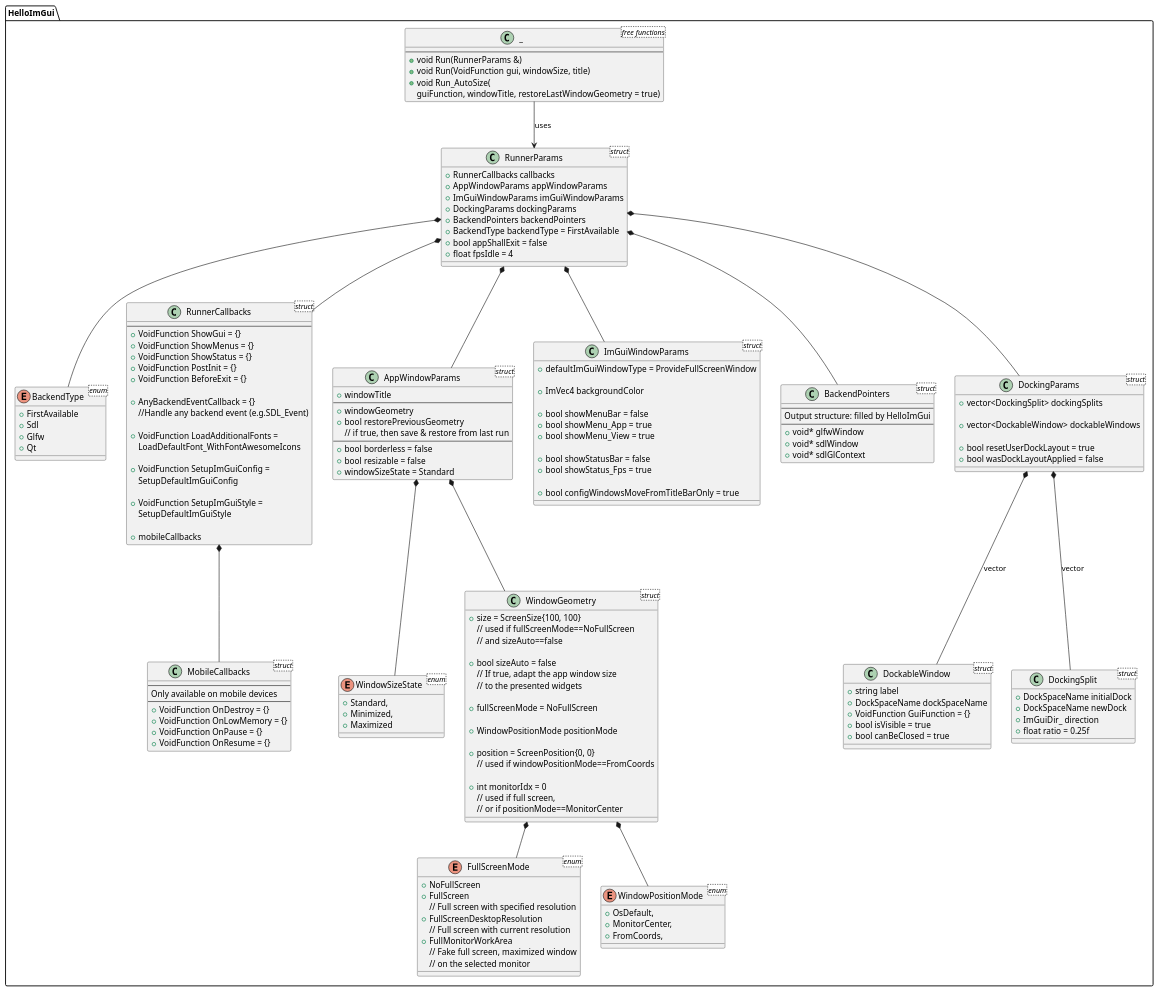
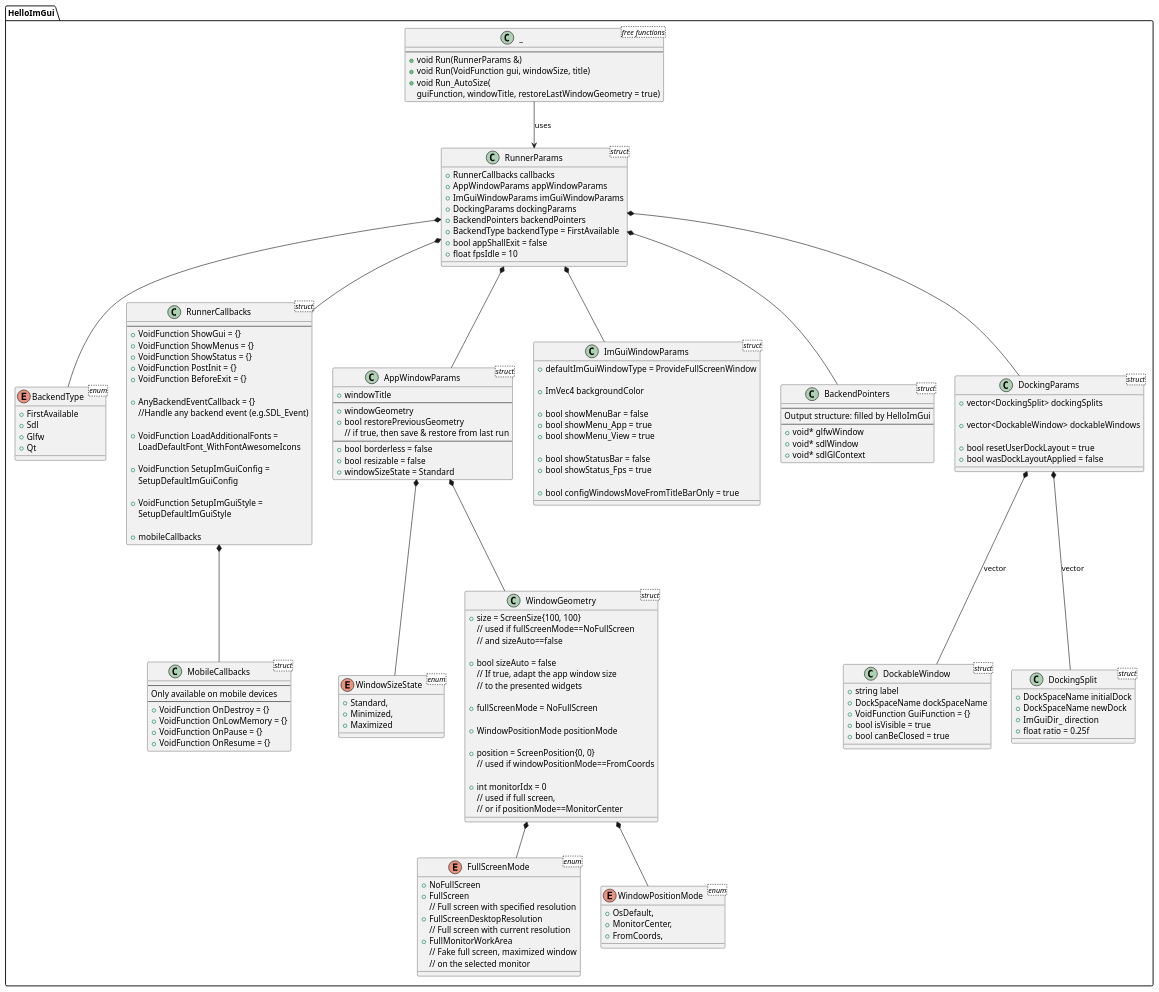
Before and after one commit to pthom/hello_imgui: the diagram in src/hello_imgui/doc_src/hello_imgui_diagram.puml, drawn with PlantUML. The commit also changed 1 other file, not shown here.

Commit message:
fpsIdle default=10

```diff
--- a/src/hello_imgui/doc_src/hello_imgui_diagram.puml
+++ b/src/hello_imgui/doc_src/hello_imgui_diagram.puml
@@ -1,193 +1,193 @@
 @startuml
 namespace HelloImGui {
 
 class _ <free functions> {
     ----
     + void Run(RunnerParams &)
     + void Run(VoidFunction gui, windowSize, title)
     + void Run_AutoSize(
         guiFunction, windowTitle, restoreLastWindowGeometry = true)
 }
 
 _ --> RunnerParams: uses
 
 enum BackendType <enum>{
     + FirstAvailable
     + Sdl
     + Glfw
     + Qt
 }
 
 class RunnerParams <struct> {
     + RunnerCallbacks callbacks
     + AppWindowParams appWindowParams
     + ImGuiWindowParams imGuiWindowParams
     + DockingParams dockingParams
     + BackendPointers backendPointers
     + BackendType backendType = FirstAvailable
     + bool appShallExit = false
-    + float fpsIdle = 4
+    + float fpsIdle = 10
 }
 
 class RunnerCallbacks <struct> {
     ---
     + VoidFunction ShowGui = {}
     + VoidFunction ShowMenus = {}
     + VoidFunction ShowStatus = {}
     + VoidFunction PostInit = {}
     + VoidFunction BeforeExit = {}
 
     + AnyBackendEventCallback = {}
     //Handle any backend event (e.g.SDL_Event)
 
     + VoidFunction LoadAdditionalFonts =
        LoadDefaultFont_WithFontAwesomeIcons
 
     + VoidFunction SetupImGuiConfig =
       SetupDefaultImGuiConfig
 
     + VoidFunction SetupImGuiStyle =
       SetupDefaultImGuiStyle
 
     + mobileCallbacks
 }
 
 class MobileCallbacks <struct>{
     ---
     Only available on mobile devices
     ---
     + VoidFunction OnDestroy = {}
     + VoidFunction OnLowMemory = {}
     + VoidFunction OnPause = {}
     + VoidFunction OnResume = {}
 }
 RunnerCallbacks *-- MobileCallbacks
 
 enum FullScreenMode <enum>{
     + NoFullScreen
     + FullScreen
     // Full screen with specified resolution
     + FullScreenDesktopResolution
     // Full screen with current resolution
     + FullMonitorWorkArea
     // Fake full screen, maximized window
     // on the selected monitor
 }
 
 enum WindowSizeState <enum>{
     + Standard,
     + Minimized,
     + Maximized
 }
 
 
 
 enum WindowPositionMode <enum>{
     + OsDefault,
     + MonitorCenter,
     + FromCoords,
 }
 
 
 
 class WindowGeometry <struct>{
     + size = ScreenSize{100, 100}
     // used if fullScreenMode==NoFullScreen
     // and sizeAuto==false
 
     + bool sizeAuto = false
     // If true, adapt the app window size
     // to the presented widgets
 
     + fullScreenMode = NoFullScreen
 
     + WindowPositionMode positionMode
 
     + position = ScreenPosition{0, 0}
     // used if windowPositionMode==FromCoords
 
     + int monitorIdx = 0
     // used if full screen,
     // or if positionMode==MonitorCenter
 }
 
 WindowGeometry *-- FullScreenMode
 WindowGeometry *-- WindowPositionMode
 
 
 
 class AppWindowParams <struct>{
     + windowTitle
     ---
     + windowGeometry
     + bool restorePreviousGeometry
     // if true, then save & restore from last run
     ---
     + bool borderless = false
     + bool resizable = false
     + windowSizeState = Standard
 }
 
 AppWindowParams *-- WindowGeometry
 AppWindowParams *-- WindowSizeState
 
 
 class ImGuiWindowParams <struct> {
     + defaultImGuiWindowType = ProvideFullScreenWindow
 
     + ImVec4 backgroundColor
 
     + bool showMenuBar = false
     + bool showMenu_App = true
     + bool showMenu_View = true
 
     + bool showStatusBar = false
     + bool showStatus_Fps = true
 
     + bool configWindowsMoveFromTitleBarOnly = true
 }
 
 class BackendPointers <struct> {
   ---
   Output structure: filled by HelloImGui
   ---
   + void* glfwWindow
   + void* sdlWindow
   + void* sdlGlContext
 }
 
 class DockingParams <struct> {
     + vector<DockingSplit> dockingSplits
 
     + vector<DockableWindow> dockableWindows
 
     + bool resetUserDockLayout = true
     + bool wasDockLayoutApplied = false
 }
 
 class DockableWindow <struct> {
     + string label
     + DockSpaceName dockSpaceName
     + VoidFunction GuiFunction = {}
     + bool isVisible = true
     + bool canBeClosed = true
 }
 
 class DockingSplit <struct> {
     + DockSpaceName initialDock
     + DockSpaceName newDock
     + ImGuiDir_ direction
     + float ratio = 0.25f
 }
 
 RunnerParams *-- BackendType
 RunnerParams *-- RunnerCallbacks
 RunnerParams *-- AppWindowParams
 RunnerParams *-- ImGuiWindowParams
 RunnerParams *-- BackendPointers
 RunnerParams *-- DockingParams
 DockingParams *-- DockableWindow : vector
 DockingParams *-- DockingSplit : vector
 
 }
 @enduml
```
